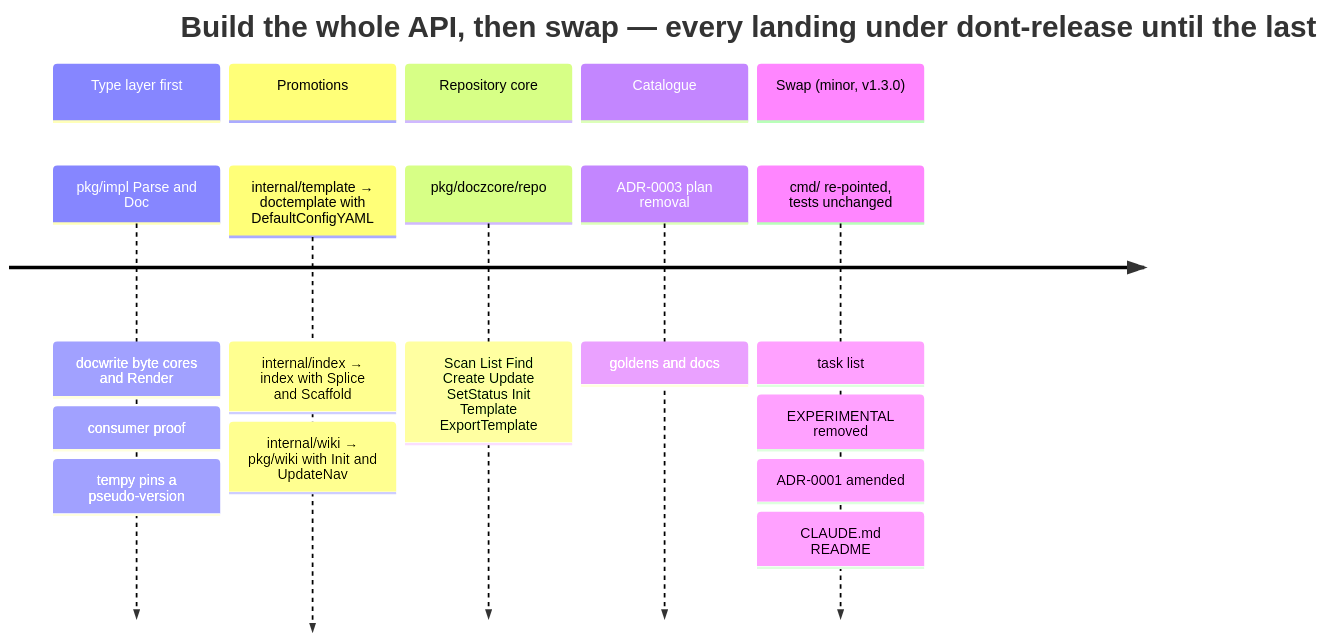
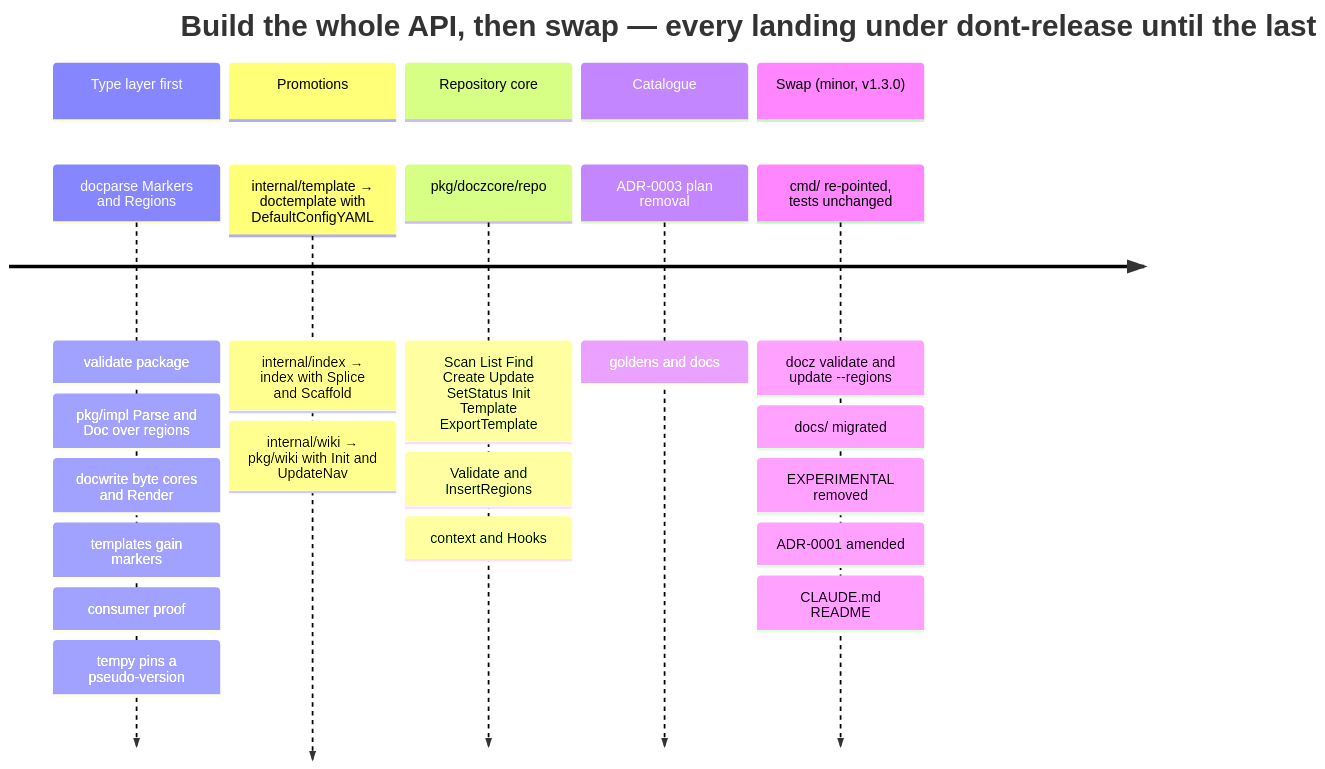
Before and after one commit to donaldgifford/docz: diagram 14 of 15 in docs/design/0014-the-docz-api-as-one-unit-packages-types-functions-and-the-cmd.md, drawn with Mermaid. The commit also changed other lines of this file and 3 other files, not shown here.

First line of the commit message:
docs: DESIGN-0015 structured regions + docz validate; DESIGN-0014 context/hooks and regions amendments

````diff
--- a/docs/design/0014-the-docz-api-as-one-unit-packages-types-functions-and-the-cmd.md
+++ b/docs/design/0014-the-docz-api-as-one-unit-packages-types-functions-and-the-cmd.md
@@ -1021,14 +1280,14 @@
 ```mermaid
 timeline
   title Build the whole API, then swap — every landing under dont-release until the last
   section Type layer first
-    pkg/impl Parse and Doc : docwrite byte cores and Render : consumer proof : tempy pins a pseudo-version
+    docparse Markers and Regions : validate package : pkg/impl Parse and Doc over regions : docwrite byte cores and Render : templates gain markers : consumer proof : tempy pins a pseudo-version
   section Promotions
     internal/template → doctemplate with DefaultConfigYAML : internal/index → index with Splice and Scaffold : internal/wiki → pkg/wiki with Init and UpdateNav
   section Repository core
-    pkg/doczcore/repo : Scan List Find Create Update SetStatus Init Template ExportTemplate
+    pkg/doczcore/repo : Scan List Find Create Update SetStatus Init Template ExportTemplate : Validate and InsertRegions : context and Hooks
   section Catalogue
     ADR-0003 plan removal : goldens and docs
   section Swap (minor, v1.3.0)
-    cmd/ re-pointed, tests unchanged : task list : EXPERIMENTAL removed : ADR-0001 amended : CLAUDE.md README
+    cmd/ re-pointed, tests unchanged : docz validate and update --regions : docs/ migrated : EXPERIMENTAL removed : ADR-0001 amended : CLAUDE.md README
 ```
````
